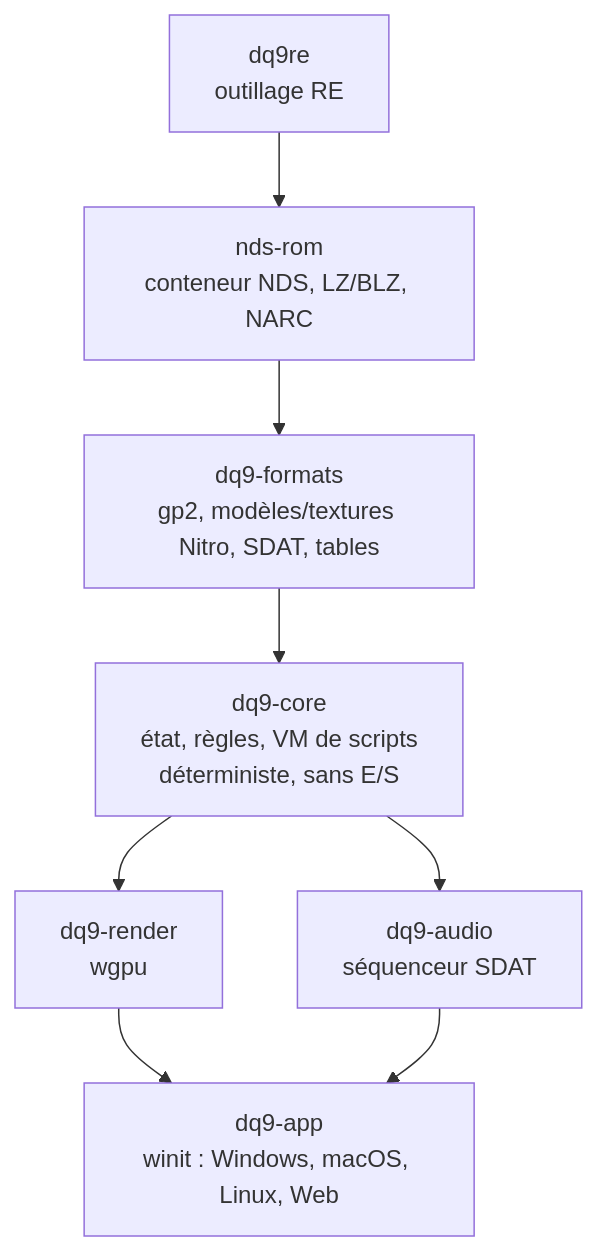
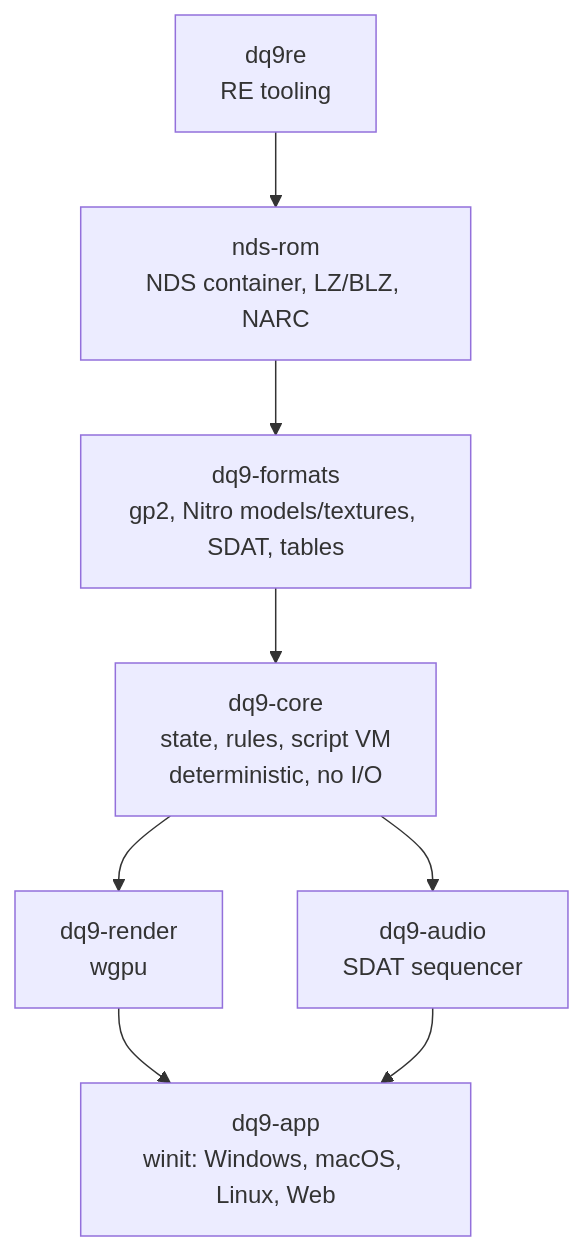
One commit to FabLrc/dq9-rust changed the diagram in docs/architecture.md. Above: the diagram before and after it, drawn with Mermaid. The commit also changed other lines of this file and 91 other files, not shown here.

````diff
--- a/docs/architecture.md
+++ b/docs/architecture.md
@@ -8,10 +7,10 @@
 ```mermaid
 flowchart TD
-    rom[nds-rom<br/>conteneur NDS, LZ/BLZ, NARC] --> formats[dq9-formats<br/>gp2, modèles/textures Nitro, SDAT, tables]
-    formats --> core[dq9-core<br/>état, règles, VM de scripts<br/>déterministe, sans E/S]
+    rom[nds-rom<br/>NDS container, LZ/BLZ, NARC] --> formats[dq9-formats<br/>gp2, Nitro models/textures, SDAT, tables]
+    formats --> core[dq9-core<br/>state, rules, script VM<br/>deterministic, no I/O]
     core --> render[dq9-render<br/>wgpu]
-    core --> audio[dq9-audio<br/>séquenceur SDAT]
-    render --> app[dq9-app<br/>winit : Windows, macOS, Linux, Web]
+    core --> audio[dq9-audio<br/>SDAT sequencer]
+    render --> app[dq9-app<br/>winit: Windows, macOS, Linux, Web]
     audio --> app
-    re[dq9re<br/>outillage RE] --> rom
+    re[dq9re<br/>RE tooling] --> rom
 ```
````
